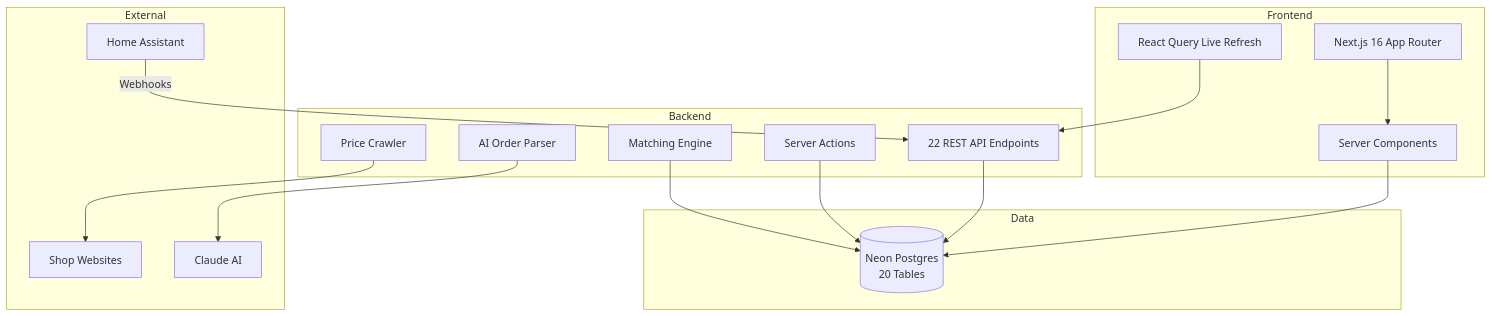
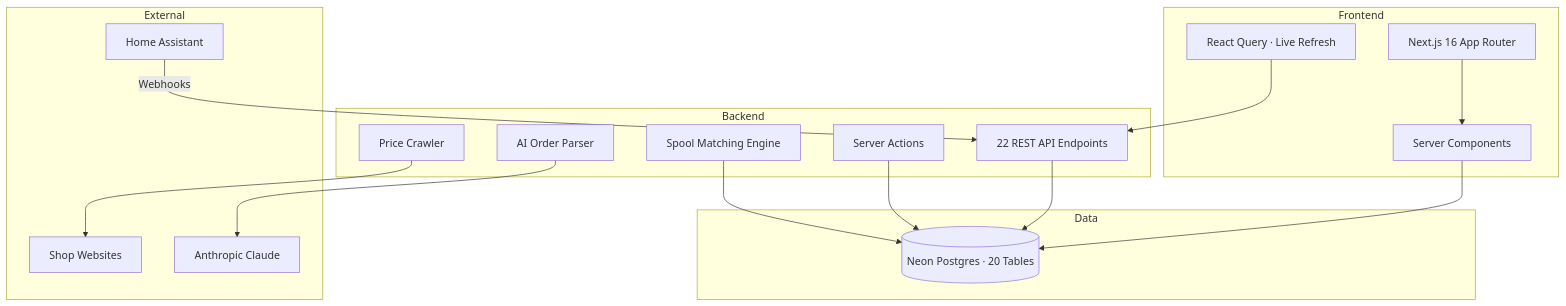
Before and after one commit to kbarthei/HASpoolManager: the diagram in README.md, drawn with Mermaid. The commit also changed other lines of this file, not shown here.

Commit message:
docs: professional README with features, architecture, quick start

````diff
--- a/README.md
+++ b/README.md
@@ -79,36 +51,36 @@
 ```mermaid
 graph TB
     subgraph "Frontend"
         UI[Next.js 16 App Router]
         SC[Server Components]
-        RQ[React Query Live Refresh]
+        RQ[React Query · Live Refresh]
     end
 
     subgraph "Backend"
         API[22 REST API Endpoints]
         SA[Server Actions]
         AI[AI Order Parser]
-        ME[Matching Engine]
+        ME[Spool Matching Engine]
         PC[Price Crawler]
     end
 
     subgraph "Data"
-        DB[(Neon Postgres\n20 Tables)]
+        DB[(Neon Postgres · 20 Tables)]
     end
 
     subgraph "External"
         HA[Home Assistant]
         SHOPS[Shop Websites]
-        CLAUDE[Claude AI]
+        CLAUDE[Anthropic Claude]
     end
 
     UI --> SC
     SC --> DB
     RQ --> API
     API --> DB
     SA --> DB
     AI --> CLAUDE
     PC --> SHOPS
     HA -->|Webhooks| API
     ME --> DB
 ```
````
